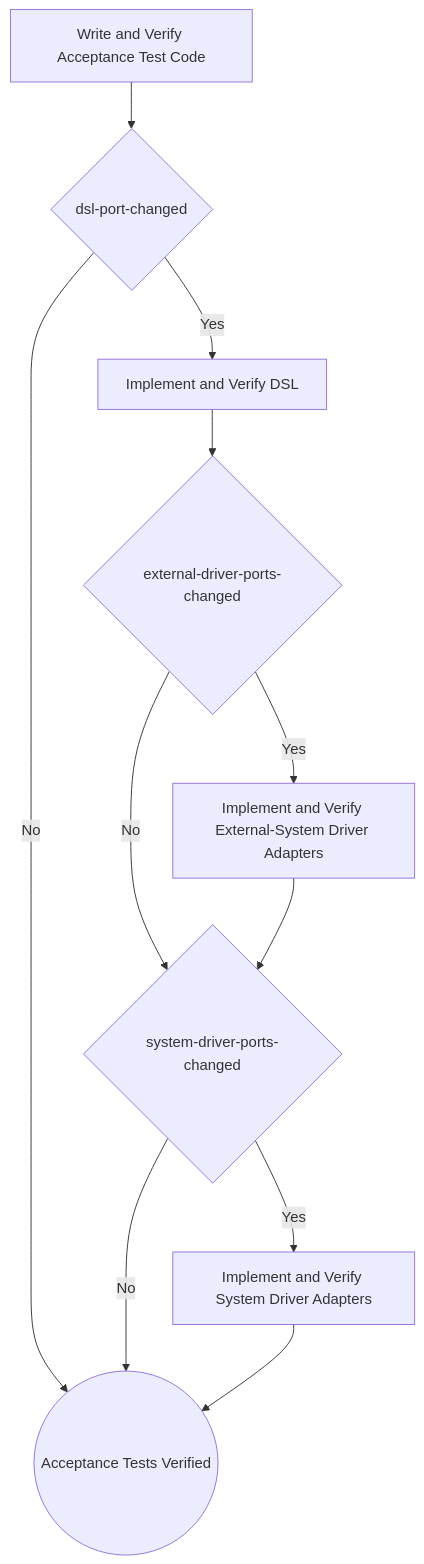
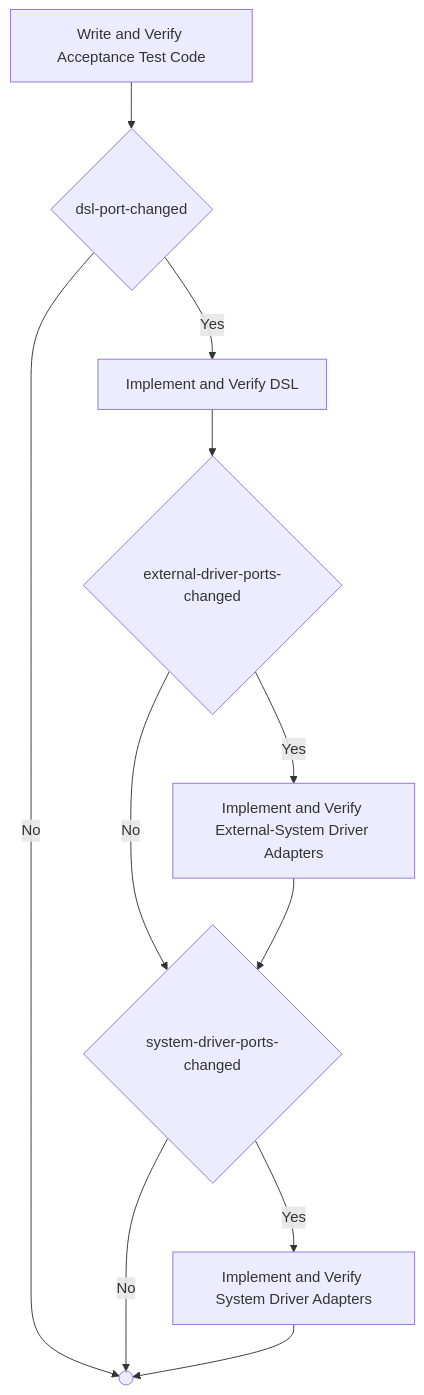
Diagram 14 of 53 in docs/process-diagram.md (optivem/gh-optivem), drawn with Mermaid before and after one commit. The commit also changed other lines of this file and 1 other file, not shown here.

````diff
--- a/docs/process-diagram.md
+++ b/docs/process-diagram.md
@@ -274,22 +272,22 @@
 ```mermaid
 flowchart TD
     GATE_DSL_PORT_CHANGED{dsl-port-changed}
     GATE_EXTERNAL_DRIVER_PORTS_CHANGED{external-driver-ports-changed}
     GATE_SYSTEM_DRIVER_PORTS_CHANGED{system-driver-ports-changed}
     IMPLEMENT_AND_VERIFY_DSL[Implement and Verify DSL]
     IMPLEMENT_AND_VERIFY_EXTERNAL_DRIVER_ADAPTERS[Implement and Verify External-System Driver Adapters]
     IMPLEMENT_AND_VERIFY_SYSTEM_DRIVER_ADAPTERS[Implement and Verify System Driver Adapters]
-    WAV_AT_END((Acceptance Tests Verified))
+    WAV_AT_END(( ))
     WRITE_AND_VERIFY_ACCEPTANCE_TEST_CODE[Write and Verify Acceptance Test Code]
 
     WRITE_AND_VERIFY_ACCEPTANCE_TEST_CODE --> GATE_DSL_PORT_CHANGED
     GATE_DSL_PORT_CHANGED -- Yes --> IMPLEMENT_AND_VERIFY_DSL
     GATE_DSL_PORT_CHANGED -- No --> WAV_AT_END
     IMPLEMENT_AND_VERIFY_DSL --> GATE_EXTERNAL_DRIVER_PORTS_CHANGED
     GATE_EXTERNAL_DRIVER_PORTS_CHANGED -- Yes --> IMPLEMENT_AND_VERIFY_EXTERNAL_DRIVER_ADAPTERS
     GATE_EXTERNAL_DRIVER_PORTS_CHANGED -- No --> GATE_SYSTEM_DRIVER_PORTS_CHANGED
     IMPLEMENT_AND_VERIFY_EXTERNAL_DRIVER_ADAPTERS --> GATE_SYSTEM_DRIVER_PORTS_CHANGED
     GATE_SYSTEM_DRIVER_PORTS_CHANGED -- Yes --> IMPLEMENT_AND_VERIFY_SYSTEM_DRIVER_ADAPTERS
     GATE_SYSTEM_DRIVER_PORTS_CHANGED -- No --> WAV_AT_END
     IMPLEMENT_AND_VERIFY_SYSTEM_DRIVER_ADAPTERS --> WAV_AT_END
 ```
````
